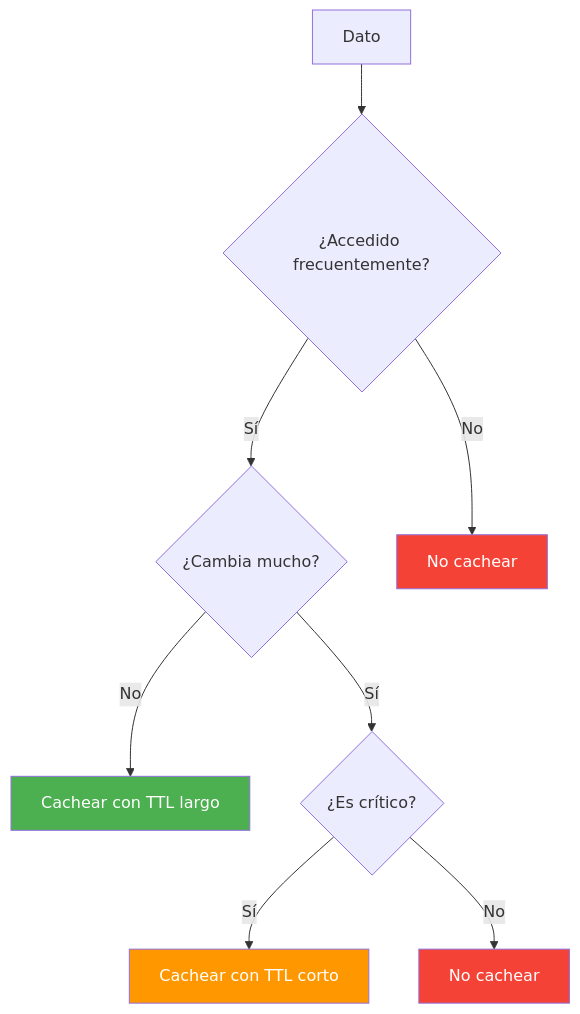
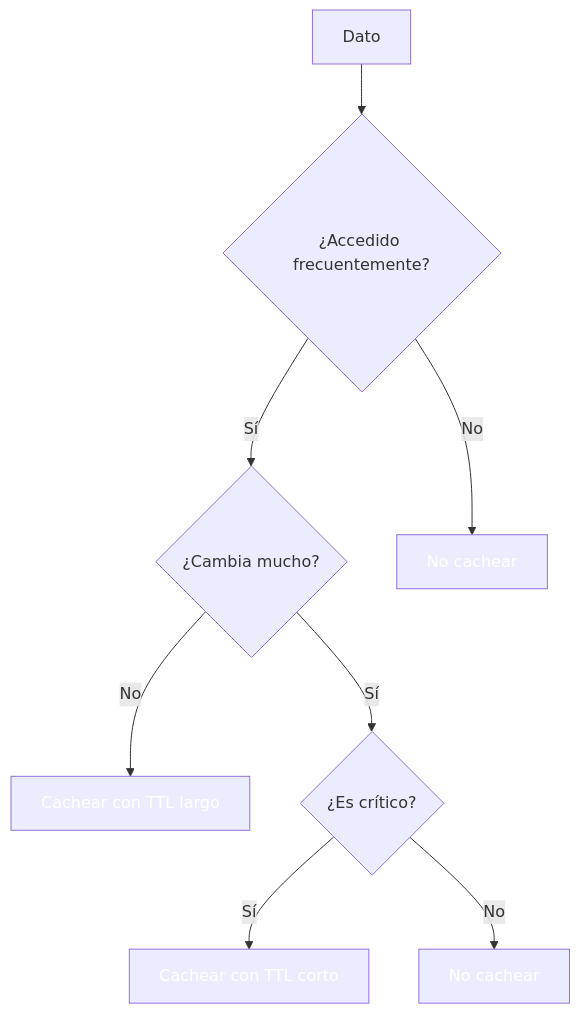
Diagram 14 of 17 in 14-cache-redis.md (joseluisgs/DesarrolloWebEntornosServidor-02-2026-2027), drawn with Mermaid before and after one commit. The commit also changed other lines of this file and 41 other files, not shown here.

````diff
--- a/14-cache-redis.md
+++ b/14-cache-redis.md
@@ -764,14 +764,14 @@
 ```mermaid
 flowchart TD
     A["Dato"] --> B{"¿Accedido frecuentemente?"}
     B -->|Sí| C{"¿Cambia mucho?"}
     B -->|No| D["No cachear"]
     C -->|No| E["Cachear con TTL largo"]
     C -->|Sí| F{"¿Es crítico?"}
     F -->|Sí| G["Cachear con TTL corto"]
     F -->|No| H["No cachear"]
-    style E fill:#4CAF50,color:#fff
-    style G fill:#FF9800,color:#fff
-    style D fill:#F44336,color:#fff
-    style H fill:#F44336,color:#fff
+    style E fill:#4CAF5,color:#fff0,color:#fff
+    style G fill:#FF980,color:#fff0,color:#fff
+    style D fill:#F4433,color:#fff6,color:#fff
+    style H fill:#F4433,color:#fff6,color:#fff
 ```
````
